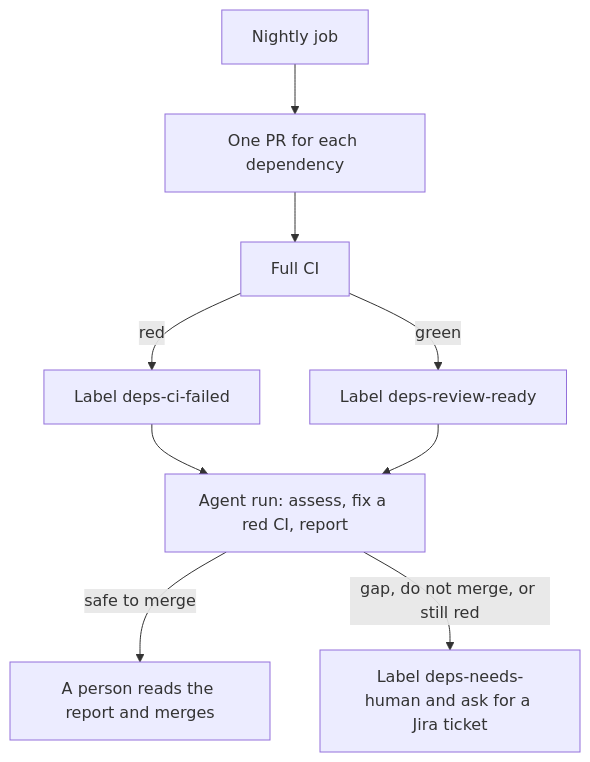
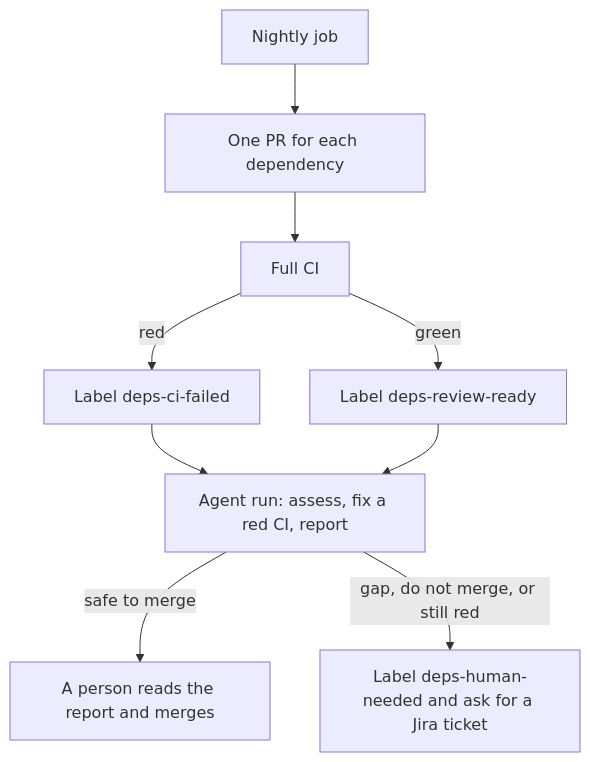
One commit to Unique-AG/connectors changed the diagram in docs/security/dependencies.md. Above: the diagram before and after it, drawn with Mermaid. The commit also changed other lines of this file, not shown here.

Commit message:
docs(main): rename the label deps-needs-human to deps-human-needed

````diff
--- a/docs/security/dependencies.md
+++ b/docs/security/dependencies.md
@@ -10,11 +10,11 @@
 ```mermaid
 flowchart TD
   nightly[Nightly job] --> pr[One PR for each dependency]
   pr --> ci[Full CI]
   ci -->|red| failed[Label deps-ci-failed]
   ci -->|green| ready[Label deps-review-ready]
   failed --> agent["Agent run: assess, fix a red CI, report"]
   ready --> agent
   agent -->|safe to merge| review[A person reads the report and merges]
-  agent -->|gap, do not merge, or still red| human[Label deps-needs-human and ask for a Jira ticket]
+  agent -->|gap, do not merge, or still red| human[Label deps-human-needed and ask for a Jira ticket]
 ```
````
